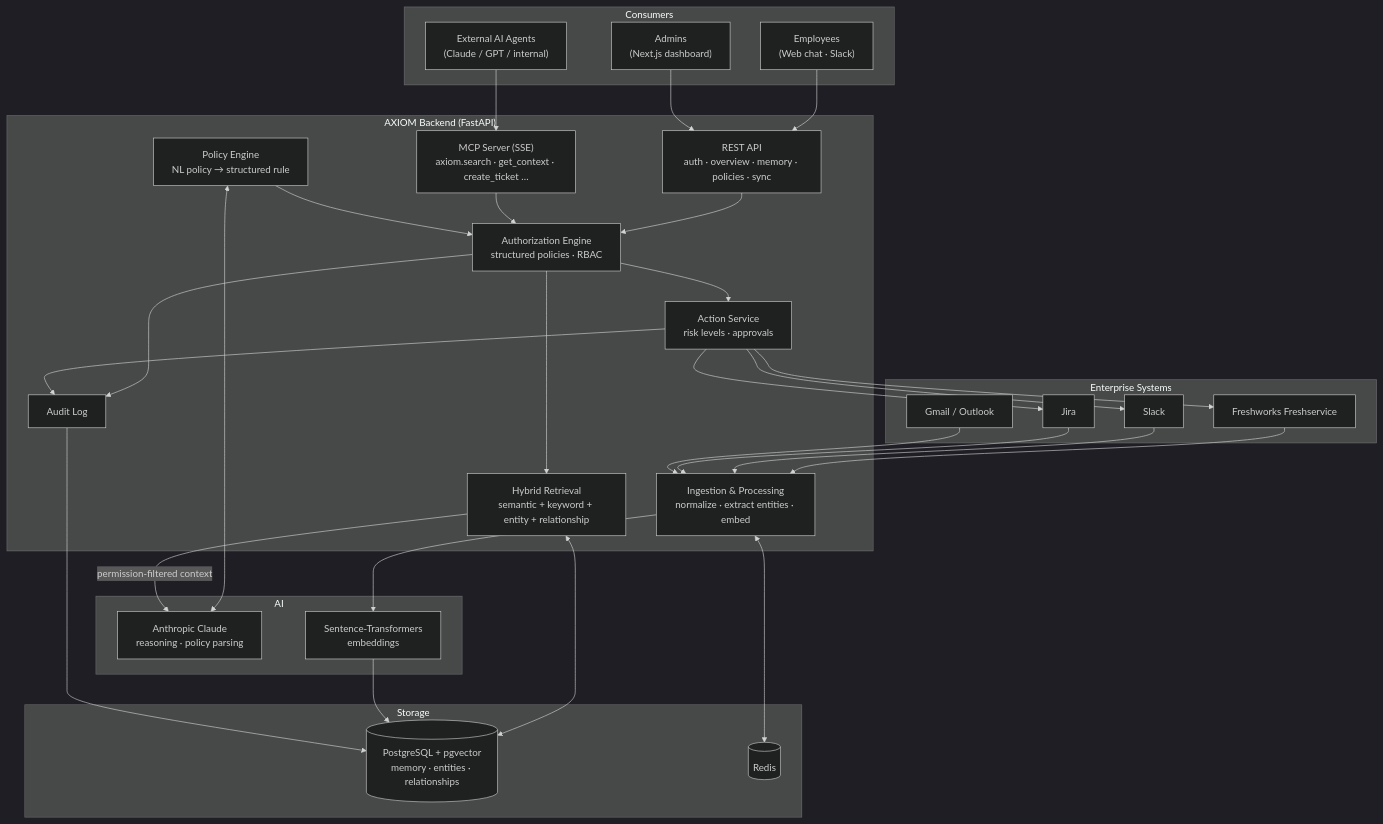
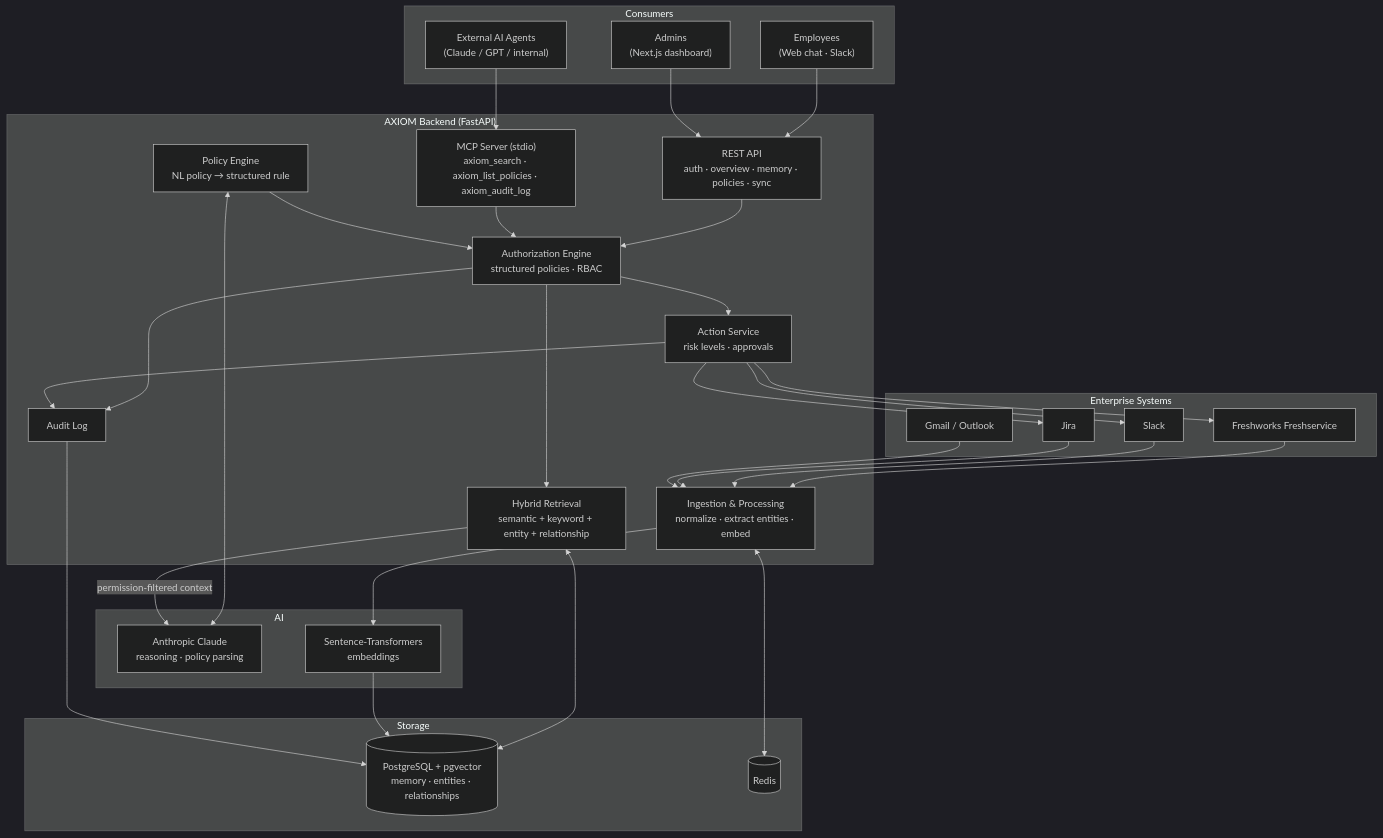
Before and after one commit to pratyakshkwatra/axiom: the diagram in README.md, drawn with Mermaid (dark theme). The commit also changed other lines of this file, not shown here.

````diff
--- a/README.md
+++ b/README.md
@@ -45,55 +49,55 @@
 ```mermaid
 flowchart TB
     subgraph Users["Consumers"]
         EMP["Employees<br/>(Web chat · Slack)"]
         AGT["External AI Agents<br/>(Claude / GPT / internal)"]
         ADM["Admins<br/>(Next.js dashboard)"]
     end
 
     subgraph AXIOM["AXIOM Backend (FastAPI)"]
         API["REST API<br/>auth · overview · memory · policies · sync"]
-        MCP["MCP Server (SSE)<br/>axiom.search · get_context · create_ticket …"]
+        MCP["MCP Server (stdio)<br/>axiom_search · axiom_list_policies · axiom_audit_log"]
         AUTHZ["Authorization Engine<br/>structured policies · RBAC"]
         POL["Policy Engine<br/>NL policy → structured rule"]
         RET["Hybrid Retrieval<br/>semantic + keyword + entity + relationship"]
         ING["Ingestion & Processing<br/>normalize · extract entities · embed"]
         ACT["Action Service<br/>risk levels · approvals"]
         AUD["Audit Log"]
     end
 
     subgraph Data["Storage"]
         PG[("PostgreSQL + pgvector<br/>memory · entities · relationships")]
         RD[("Redis")]
     end
 
     subgraph AI["AI"]
         CLAUDE["Anthropic Claude<br/>reasoning · policy parsing"]
         EMB["Sentence-Transformers<br/>embeddings"]
     end
 
     subgraph Sources["Enterprise Systems"]
         FS["Freshworks Freshservice"]
         SL["Slack"]
         JR["Jira"]
         GM["Gmail / Outlook"]
     end
 
     EMP --> API
     ADM --> API
     AGT --> MCP
     API --> AUTHZ
     MCP --> AUTHZ
     POL --> AUTHZ
     POL <--> CLAUDE
     AUTHZ --> RET
     RET <--> PG
     RET -->|permission-filtered context| CLAUDE
     AUTHZ --> ACT
     ACT --> FS & SL & JR
     FS & SL & JR & GM --> ING
     ING --> EMB --> PG
     ING <--> RD
     AUTHZ --> AUD
     ACT --> AUD
     AUD --> PG
 ```
````
